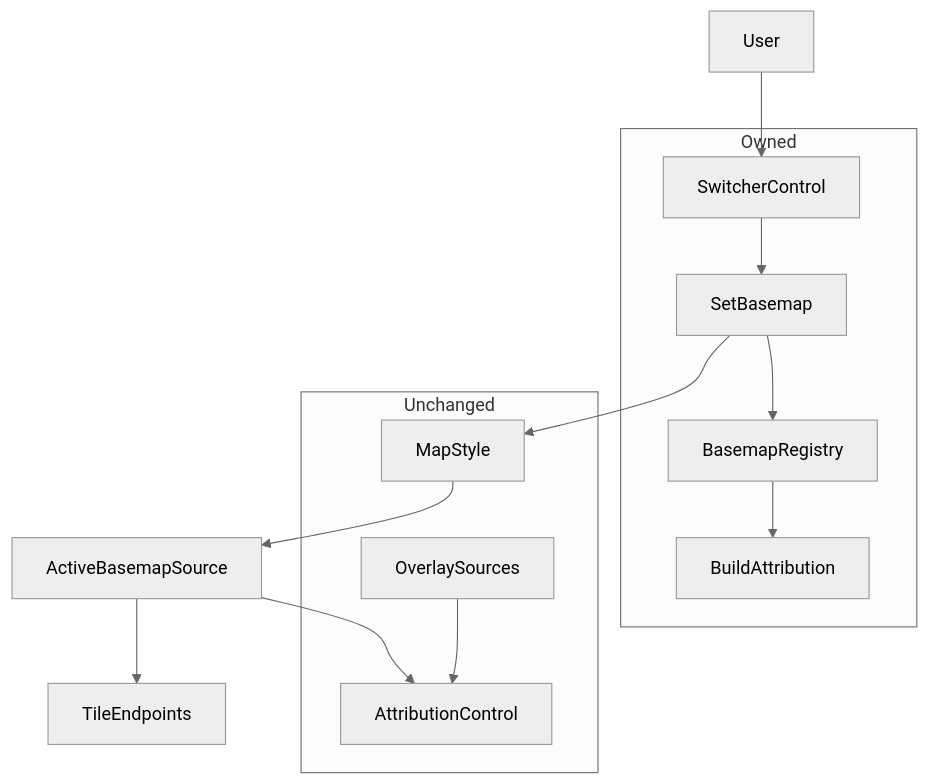
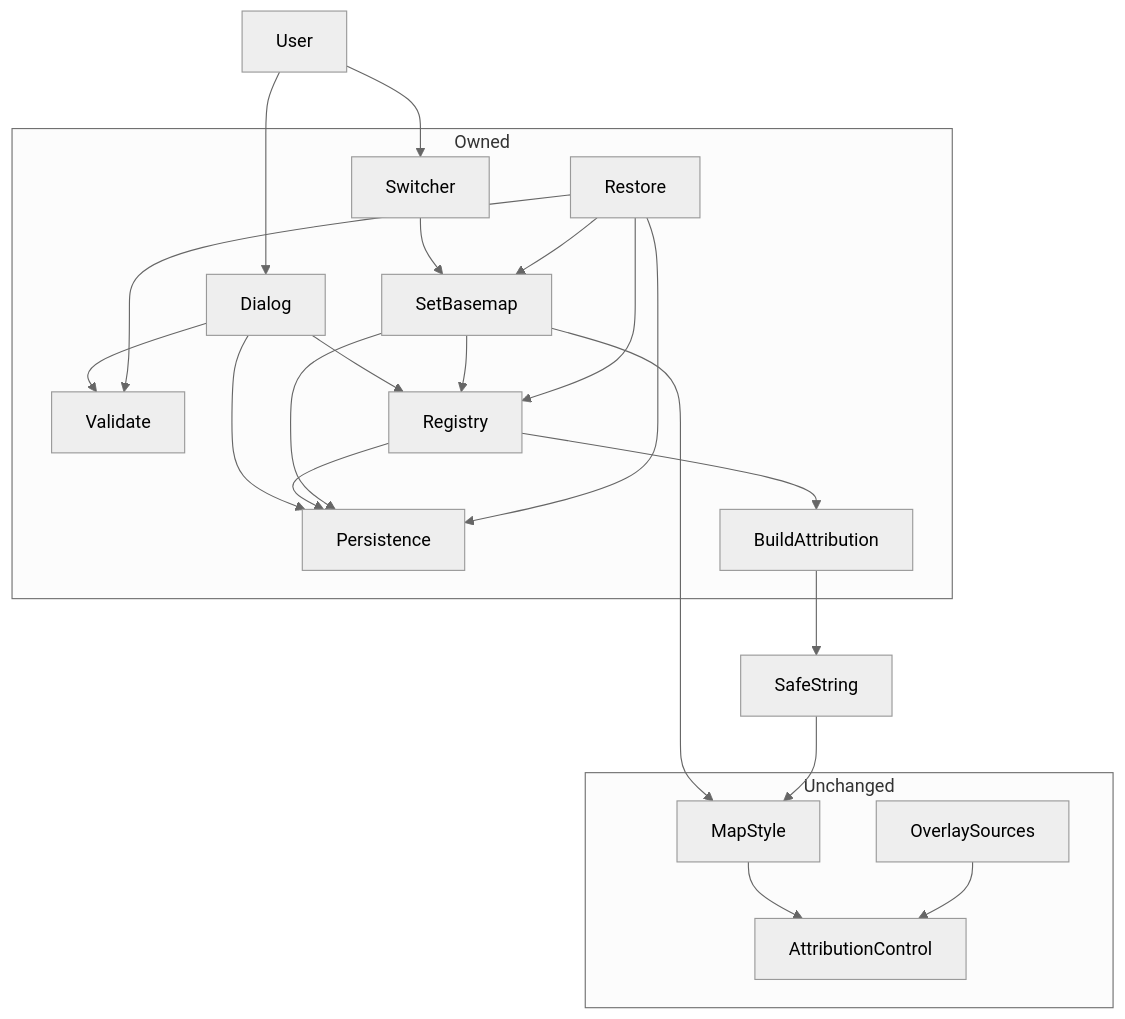
One commit to miyato1122/sdd-framework-test changed the first of 5 diagrams in .kiro/specs/basemap-switcher/design.md. Above: the diagram before and after it, drawn with Mermaid (neutral theme). The commit also changed other lines of this file and 4 other files, not shown here.

First line of the commit message:
docs(basemap-switcher): 第2段スペック再オープン（Path A）— requirements/design/tasks 更新と research 追記

````diff
--- a/.kiro/specs/basemap-switcher/design.md
+++ b/.kiro/specs/basemap-switcher/design.md
@@ -58,23 +66,37 @@
 ```mermaid
 graph TB
-    User --> SwitcherControl
-    SwitcherControl --> SetBasemap
-    SetBasemap --> BasemapRegistry
+    User --> Switcher
+    User --> Dialog
+    Switcher --> SetBasemap
+    Dialog --> Validate
+    Dialog --> Registry
+    Dialog --> Persistence
+    Registry --> Persistence
+    SetBasemap --> Registry
+    SetBasemap --> Persistence
     SetBasemap --> MapStyle
-    BasemapRegistry --> BuildAttribution
-    MapStyle --> ActiveBasemapSource
-    ActiveBasemapSource --> AttributionControl
+    Registry --> BuildAttribution
+    BuildAttribution --> SafeString
+    SafeString --> MapStyle
+    MapStyle --> AttributionControl
     OverlaySources --> AttributionControl
-    ActiveBasemapSource --> TileEndpoints
+    Restore --> Persistence
+    Restore --> Validate
+    Restore --> Registry
+    Restore --> SetBasemap
     subgraph Owned
-        SwitcherControl
+        Switcher
+        Dialog
         SetBasemap
-        BasemapRegistry
+        Registry
         BuildAttribution
+        Validate
+        Persistence
+        Restore
     end
     subgraph Unchanged
         MapStyle
         AttributionControl
         OverlaySources
     end
 ```
````
